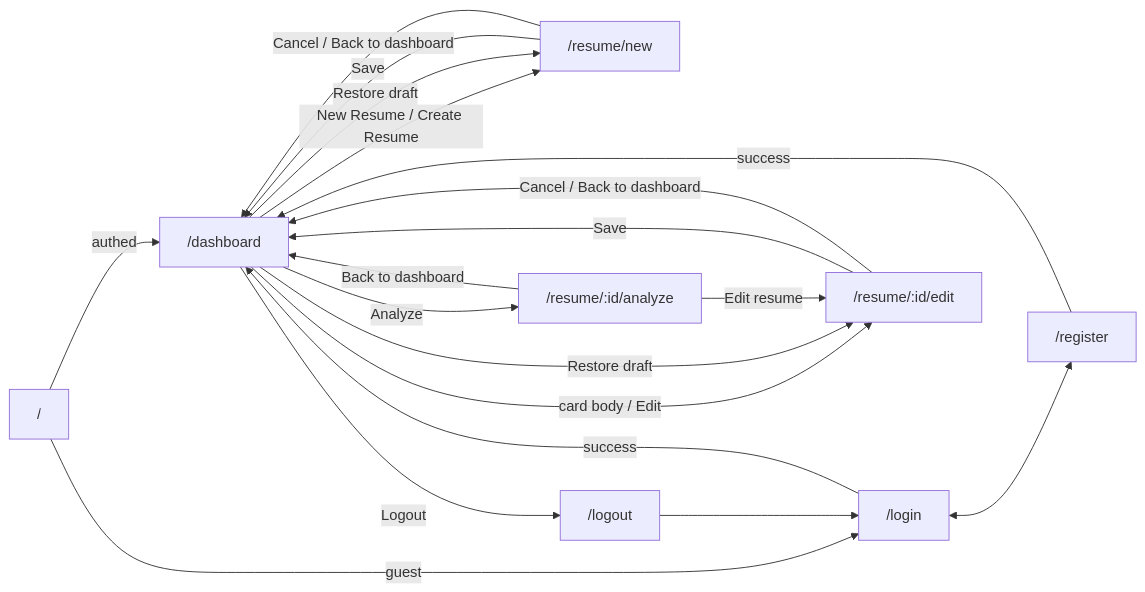
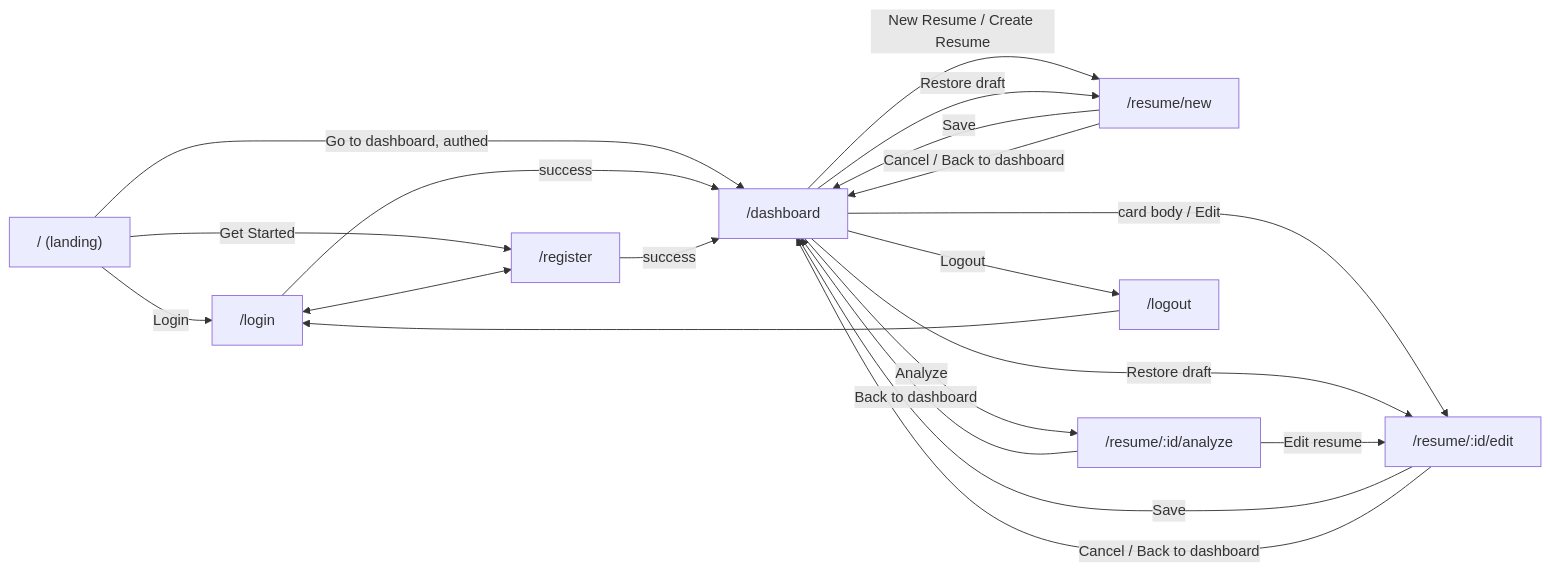
Before and after one commit to LMTanjil/resume-optimizer-client: the diagram in docs/user-flow.md, drawn with Mermaid. The commit also changed other lines of this file and 24 other files, not shown here.

````diff
--- a/docs/user-flow.md
+++ b/docs/user-flow.md
@@ -25,19 +27,20 @@
 ```mermaid
 flowchart LR
-  Root["/"] -->|authed| Dash["/dashboard"]
-  Root -->|guest| Login["/login"]
+  Root["/ (landing)"] -->|Login| Login["/login"]
+  Root -->|Get Started| Register
+  Root -->|Go to dashboard, authed| Dash["/dashboard"]
   Login <--> Register["/register"]
   Login -->|success| Dash
   Register -->|success| Dash
   Dash -->|New Resume / Create Resume| New["/resume/new"]
   Dash -->|card body / Edit| Edit["/resume/:id/edit"]
   Dash -->|Analyze| Analyze["/resume/:id/analyze"]
   Dash -->|Restore draft| New
   Dash -->|Restore draft| Edit
   New -->|Save| Dash
   Edit -->|Save| Dash
   Analyze -->|Edit resume| Edit
   Analyze -->|Back to dashboard| Dash
   New & Edit -->|Cancel / Back to dashboard| Dash
   Dash -->|Logout| Logout["/logout"] --> Login
 ```
````
